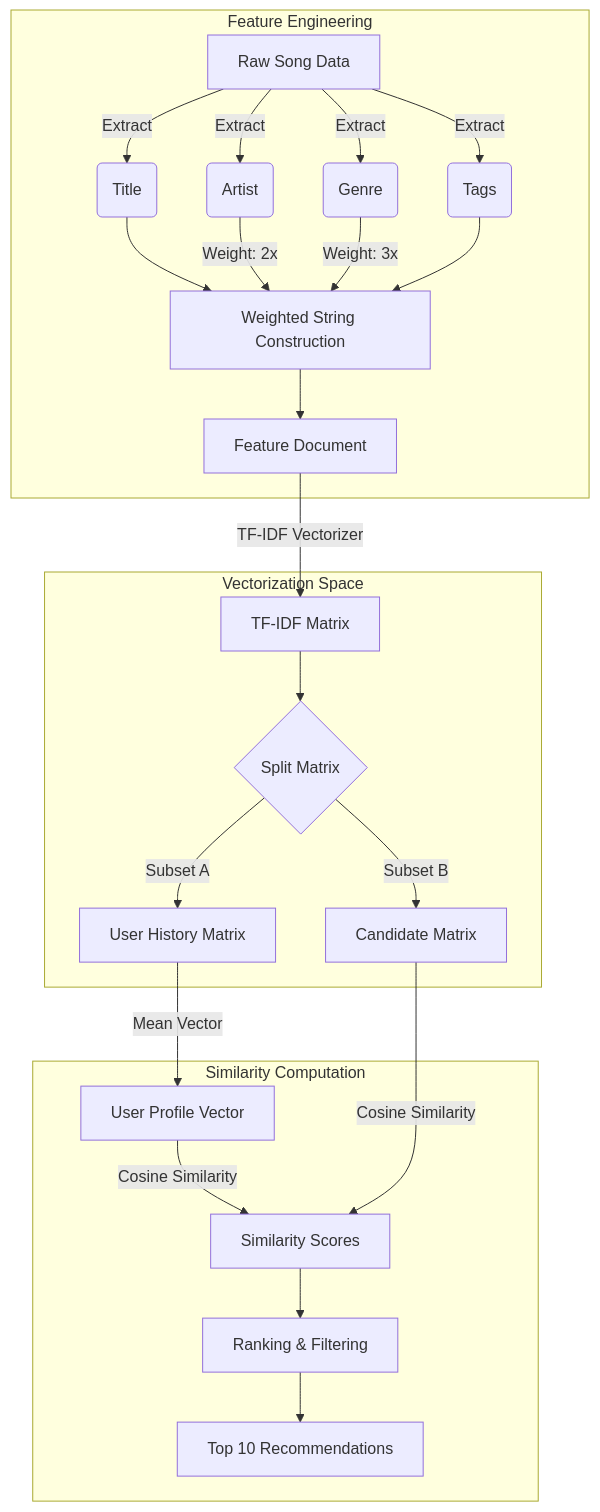
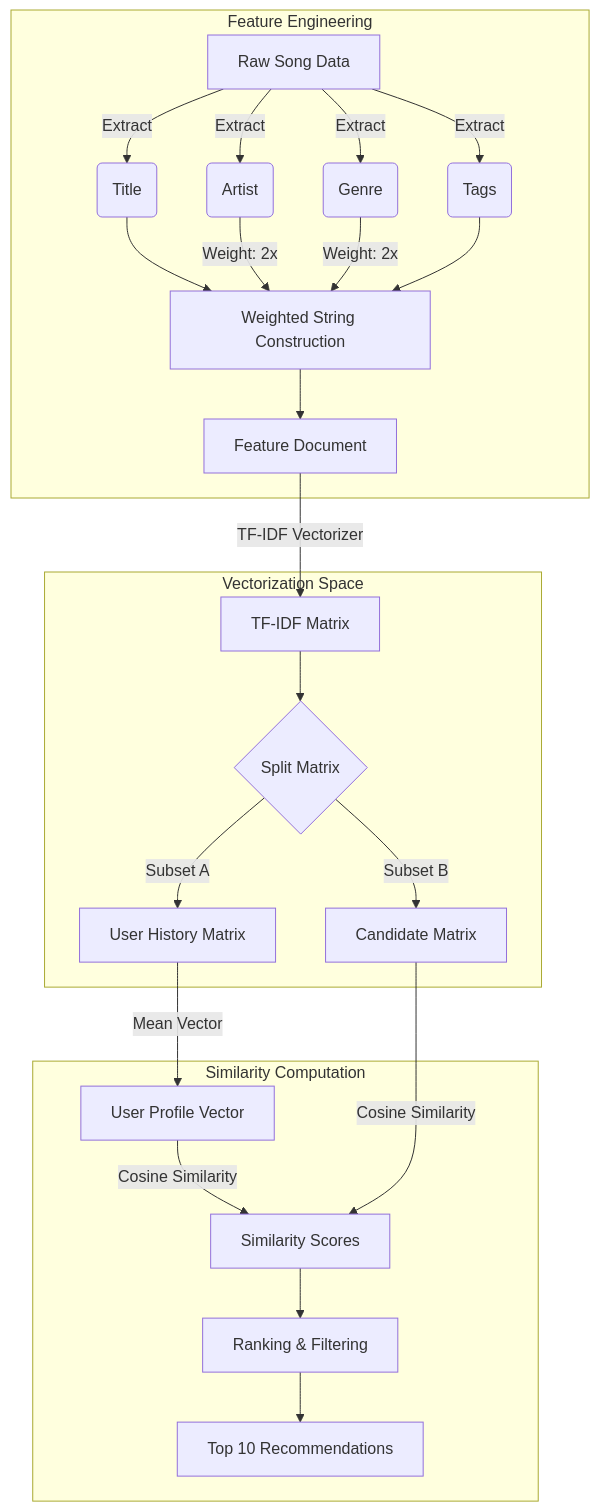
The first of 3 diagrams in whitepaper.md (Agrannya-Singh/Tune_Trace_backend), drawn with Mermaid before and after one commit. The commit also changed other lines of this file, not shown here.

````diff
--- a/whitepaper.md
+++ b/whitepaper.md
@@ -12,31 +12,31 @@
 ```mermaid
 graph TD
     subgraph Feature_Engineering [Feature Engineering]
         A[Raw Song Data] -->|Extract| B(Title)
         A -->|Extract| C(Artist)
         A -->|Extract| D(Genre)
         A -->|Extract| E(Tags)
         
         B --> F[Weighted String Construction]
         C -->|Weight: 2x| F
-        D -->|Weight: 3x| F
+        D -->|Weight: 2x| F
         E --> F
         
         F --> G[Feature Document]
     end
 
     subgraph Vectorization [Vectorization Space]
         G -->|TF-IDF Vectorizer| H[TF-IDF Matrix]
         H --> I{Split Matrix}
         I -->|Subset A| J[User History Matrix]
         I -->|Subset B| K[Candidate Matrix]
     end
 
     subgraph Similarity [Similarity Computation]
         J -->|Mean Vector| L[User Profile Vector]
         L & K -->|Cosine Similarity| M[Similarity Scores]
         M --> N[Ranking & Filtering]
         N --> O[Top 10 Recommendations]
     end
 
 ```
````
